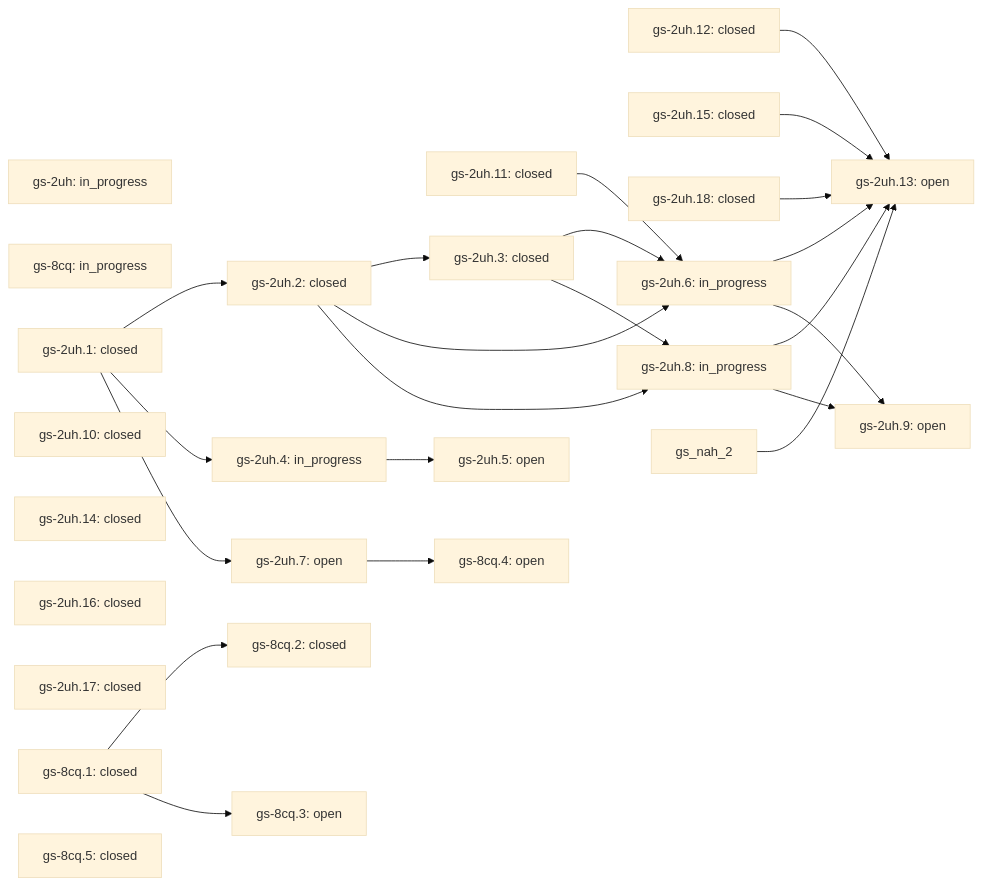
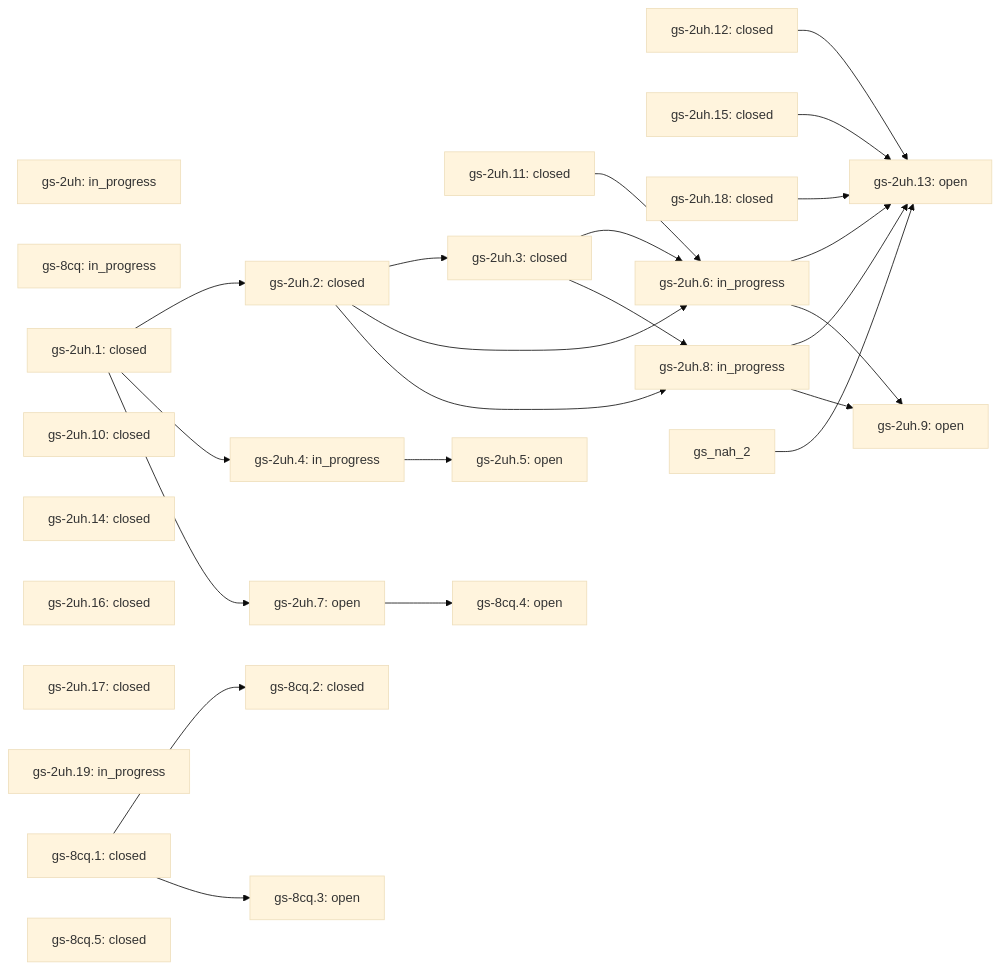
Before and after one commit to lifeofgurpreet/G-Skills: the diagram in docs/skills/vps-health/ROADMAP.md, drawn with Mermaid (base theme). The commit also changed other lines of this file and 16 other files, not shown here.

````diff
--- a/docs/skills/vps-health/ROADMAP.md
+++ b/docs/skills/vps-health/ROADMAP.md
@@ -37,49 +38,50 @@
 ```mermaid
 flowchart LR
   gs_2uh["gs-2uh: in_progress"]
   gs_8cq["gs-8cq: in_progress"]
   gs_2uh_1["gs-2uh.1: closed"]
   gs_2uh_10["gs-2uh.10: closed"]
   gs_2uh_11["gs-2uh.11: closed"]
   gs_2uh_12["gs-2uh.12: closed"]
   gs_2uh_13["gs-2uh.13: open"]
   gs_2uh_12 --> gs_2uh_13
   gs_2uh_15 --> gs_2uh_13
   gs_2uh_18 --> gs_2uh_13
   gs_2uh_6 --> gs_2uh_13
   gs_2uh_8 --> gs_2uh_13
   gs_nah_2 --> gs_2uh_13
   gs_2uh_14["gs-2uh.14: closed"]
   gs_2uh_15["gs-2uh.15: closed"]
   gs_2uh_16["gs-2uh.16: closed"]
   gs_2uh_17["gs-2uh.17: closed"]
   gs_2uh_18["gs-2uh.18: closed"]
+  gs_2uh_19["gs-2uh.19: in_progress"]
   gs_2uh_2["gs-2uh.2: closed"]
   gs_2uh_1 --> gs_2uh_2
   gs_2uh_3["gs-2uh.3: closed"]
   gs_2uh_2 --> gs_2uh_3
   gs_2uh_4["gs-2uh.4: in_progress"]
   gs_2uh_1 --> gs_2uh_4
   gs_2uh_5["gs-2uh.5: open"]
   gs_2uh_4 --> gs_2uh_5
   gs_2uh_6["gs-2uh.6: in_progress"]
   gs_2uh_11 --> gs_2uh_6
   gs_2uh_2 --> gs_2uh_6
   gs_2uh_3 --> gs_2uh_6
   gs_2uh_8["gs-2uh.8: in_progress"]
   gs_2uh_2 --> gs_2uh_8
   gs_2uh_3 --> gs_2uh_8
   gs_8cq_1["gs-8cq.1: closed"]
   gs_8cq_2["gs-8cq.2: closed"]
   gs_8cq_1 --> gs_8cq_2
   gs_2uh_7["gs-2uh.7: open"]
   gs_2uh_1 --> gs_2uh_7
   gs_2uh_9["gs-2uh.9: open"]
   gs_2uh_6 --> gs_2uh_9
   gs_2uh_8 --> gs_2uh_9
   gs_8cq_3["gs-8cq.3: open"]
   gs_8cq_1 --> gs_8cq_3
   gs_8cq_4["gs-8cq.4: open"]
   gs_2uh_7 --> gs_8cq_4
   gs_8cq_5["gs-8cq.5: closed"]
 ```
````
